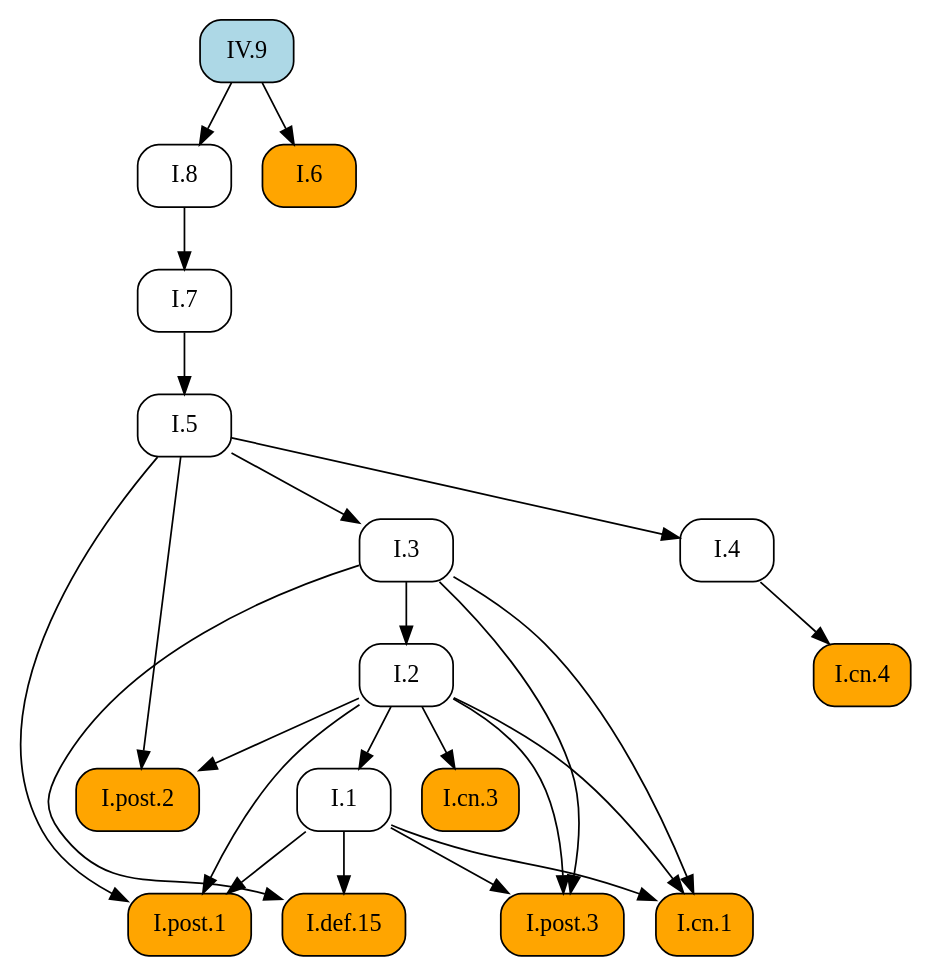
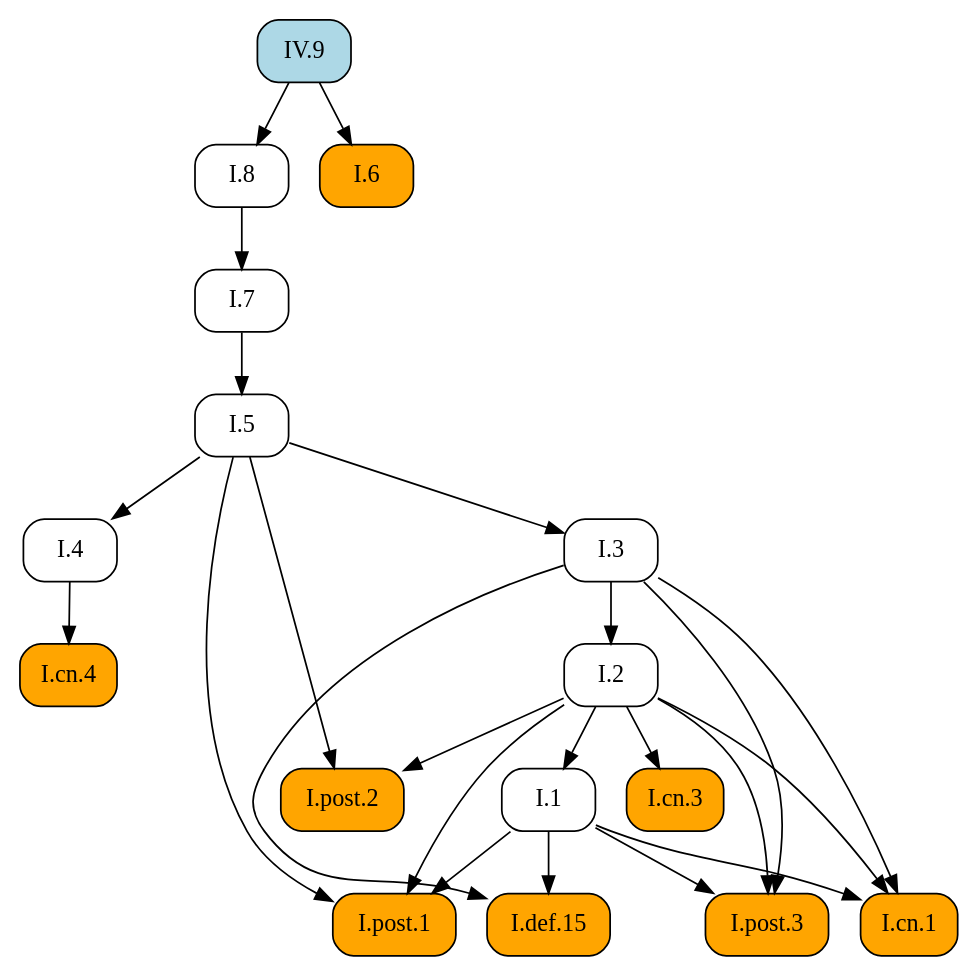
Before and after one commit to geometor/elements: the diagram in docsrc/elements2/IV/9/index.rst, drawn with Graphviz. The commit also changed other lines of this file and 171 other files, not shown here.

```diff
--- a/docsrc/elements2/IV/9/index.rst
+++ b/docsrc/elements2/IV/9/index.rst
@@ -47,45 +47,45 @@
 .. graphviz::
 
    digraph {
      rankdir="TB";
      node [shape=box, style=rounded];
+     "I.8" [URL="/elements2/I/8/", target="_top"];
+     "I.2" [URL="/elements2/I/2/", target="_top"];
+     "I.1" [URL="/elements2/I/1/", target="_top"];
+     "I.cn.1" [style="rounded,filled", fillcolor=orange, URL="/elements2/I/cn.1/", target="_top"];
+     "I.cn.4" [style="rounded,filled", fillcolor=orange, URL="/elements2/I/cn.4/", target="_top"];
+     "I.def.15" [style="rounded,filled", fillcolor=orange, URL="/elements2/I/def.15/", target="_top"];
+     "I.cn.3" [style="rounded,filled", fillcolor=orange, URL="/elements2/I/cn.3/", target="_top"];
      "IV.9" [style="rounded,filled", fillcolor=lightblue, URL="/elements2/IV/9/", target="_top"];
-     "I.post.2" [style="rounded,filled", fillcolor=orange, URL="/elements2/I/post.2/", target="_top"];
-     "I.1" [URL="/elements2/I/1/", target="_top"];
-     "I.8" [URL="/elements2/I/8/", target="_top"];
+     "I.4" [URL="/elements2/I/4/", target="_top"];
      "I.7" [URL="/elements2/I/7/", target="_top"];
      "I.post.1" [style="rounded,filled", fillcolor=orange, URL="/elements2/I/post.1/", target="_top"];
-     "I.2" [URL="/elements2/I/2/", target="_top"];
      "I.3" [URL="/elements2/I/3/", target="_top"];
+     "I.post.2" [style="rounded,filled", fillcolor=orange, URL="/elements2/I/post.2/", target="_top"];
+     "I.5" [URL="/elements2/I/5/", target="_top"];
      "I.6" [style="rounded,filled", fillcolor=orange, URL="/elements2/I/6/", target="_top"];
-     "I.cn.1" [style="rounded,filled", fillcolor=orange, URL="/elements2/I/cn.1/", target="_top"];
-     "I.cn.3" [style="rounded,filled", fillcolor=orange, URL="/elements2/I/cn.3/", target="_top"];
-     "I.def.15" [style="rounded,filled", fillcolor=orange, URL="/elements2/I/def.15/", target="_top"];
-     "I.cn.4" [style="rounded,filled", fillcolor=orange, URL="/elements2/I/cn.4/", target="_top"];
      "I.post.3" [style="rounded,filled", fillcolor=orange, URL="/elements2/I/post.3/", target="_top"];
-     "I.5" [URL="/elements2/I/5/", target="_top"];
-     "I.4" [URL="/elements2/I/4/", target="_top"];
-     "I.2" -> "I.post.2";
-     "I.5" -> "I.post.2";
+     "IV.9" -> "I.8";
+     "I.3" -> "I.2";
      "I.2" -> "I.1";
-     "IV.9" -> "I.8";
+     "I.1" -> "I.cn.1";
+     "I.2" -> "I.cn.1";
+     "I.3" -> "I.cn.1";
+     "I.4" -> "I.cn.4";
+     "I.1" -> "I.def.15";
+     "I.3" -> "I.def.15";
+     "I.2" -> "I.cn.3";
+     "I.5" -> "I.4";
      "I.8" -> "I.7";
      "I.1" -> "I.post.1";
      "I.2" -> "I.post.1";
      "I.5" -> "I.post.1";
-     "I.3" -> "I.2";
      "I.5" -> "I.3";
+     "I.2" -> "I.post.2";
+     "I.5" -> "I.post.2";
+     "I.7" -> "I.5";
      "IV.9" -> "I.6";
-     "I.1" -> "I.cn.1";
-     "I.2" -> "I.cn.1";
-     "I.3" -> "I.cn.1";
-     "I.2" -> "I.cn.3";
-     "I.1" -> "I.def.15";
-     "I.3" -> "I.def.15";
-     "I.4" -> "I.cn.4";
      "I.1" -> "I.post.3";
      "I.2" -> "I.post.3";
      "I.3" -> "I.post.3";
-     "I.7" -> "I.5";
-     "I.5" -> "I.4";
    }
```
